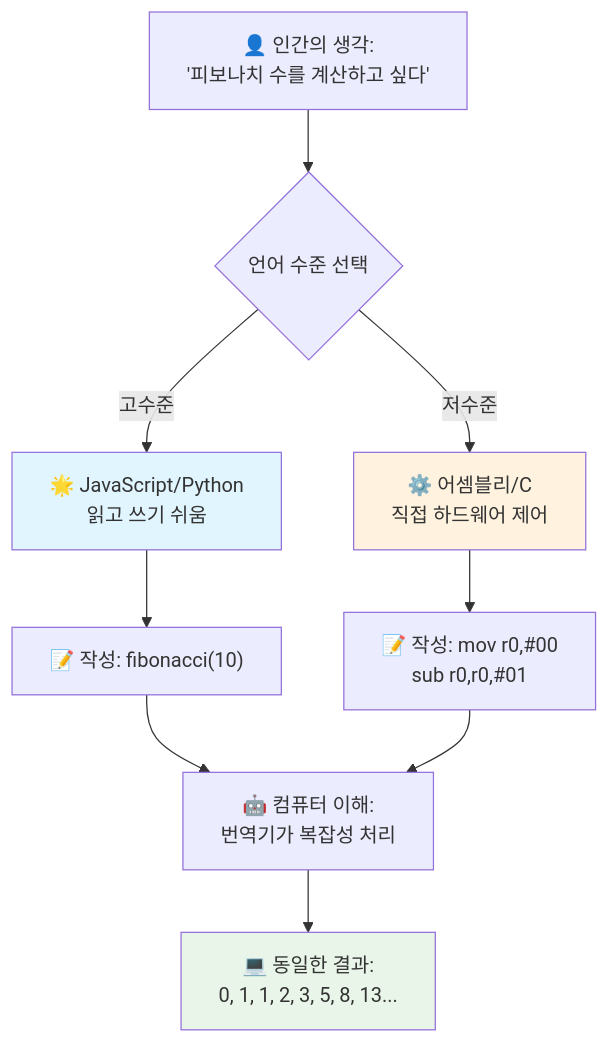
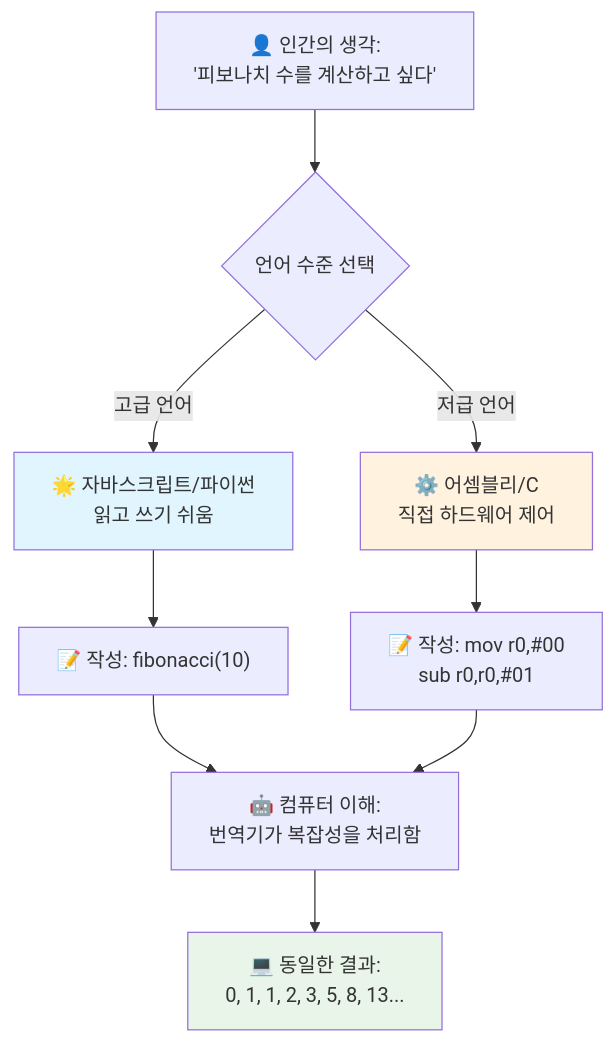
The third of 7 diagrams in translations/ko/1-getting-started-lessons/1-intro-to-programming-languages/README.md (microsoft/Web-Dev-For-Beginners), drawn with Mermaid before and after one commit. The commit also changed other lines of this file and 11 other files, not shown here.

````diff
--- a/translations/ko/1-getting-started-lessons/1-intro-to-programming-languages/README.md
+++ b/translations/ko/1-getting-started-lessons/1-intro-to-programming-languages/README.md
@@ -149,19 +148,19 @@
 ```mermaid
 flowchart TB
     A["👤 인간의 생각:<br/>'피보나치 수를 계산하고 싶다'"] --> B{언어 수준 선택}
     
-    B -->|고수준| C["🌟 JavaScript/Python<br/>읽고 쓰기 쉬움"]
-    B -->|저수준| D["⚙️ 어셈블리/C<br/>직접 하드웨어 제어"]
+    B -->|고급 언어| C["🌟 자바스크립트/파이썬<br/>읽고 쓰기 쉬움"]
+    B -->|저급 언어| D["⚙️ 어셈블리/C<br/>직접 하드웨어 제어"]
     
     C --> E["📝 작성: fibonacci(10)"]
     D --> F["📝 작성: mov r0,#00<br/>sub r0,r0,#01"]
     
-    E --> G["🤖 컴퓨터 이해:<br/>번역기가 복잡성 처리"]
+    E --> G["🤖 컴퓨터 이해:<br/>번역기가 복잡성을 처리함"]
     F --> G
     
     G --> H["💻 동일한 결과:<br/>0, 1, 1, 2, 3, 5, 8, 13..."]
     
     style C fill:#e1f5fe
     style D fill:#fff3e0
     style H fill:#e8f5e8
 ```
````
